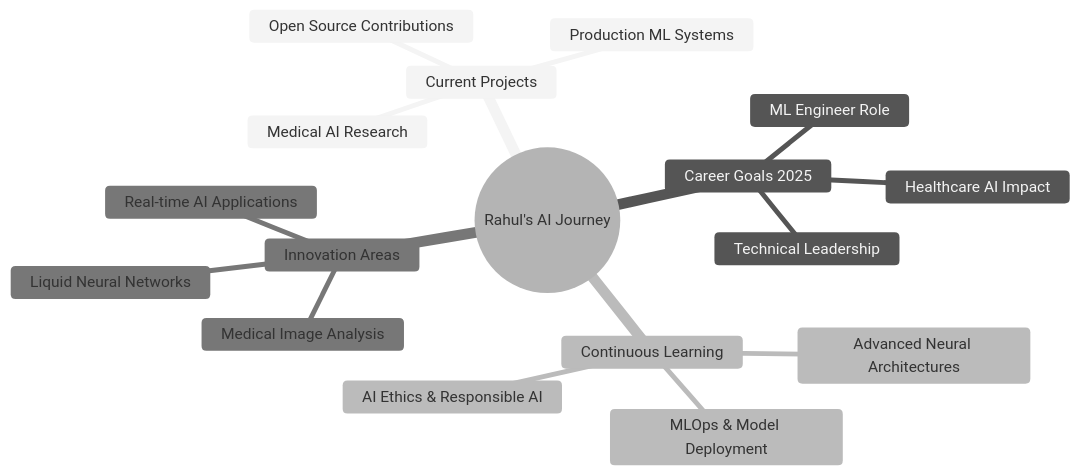
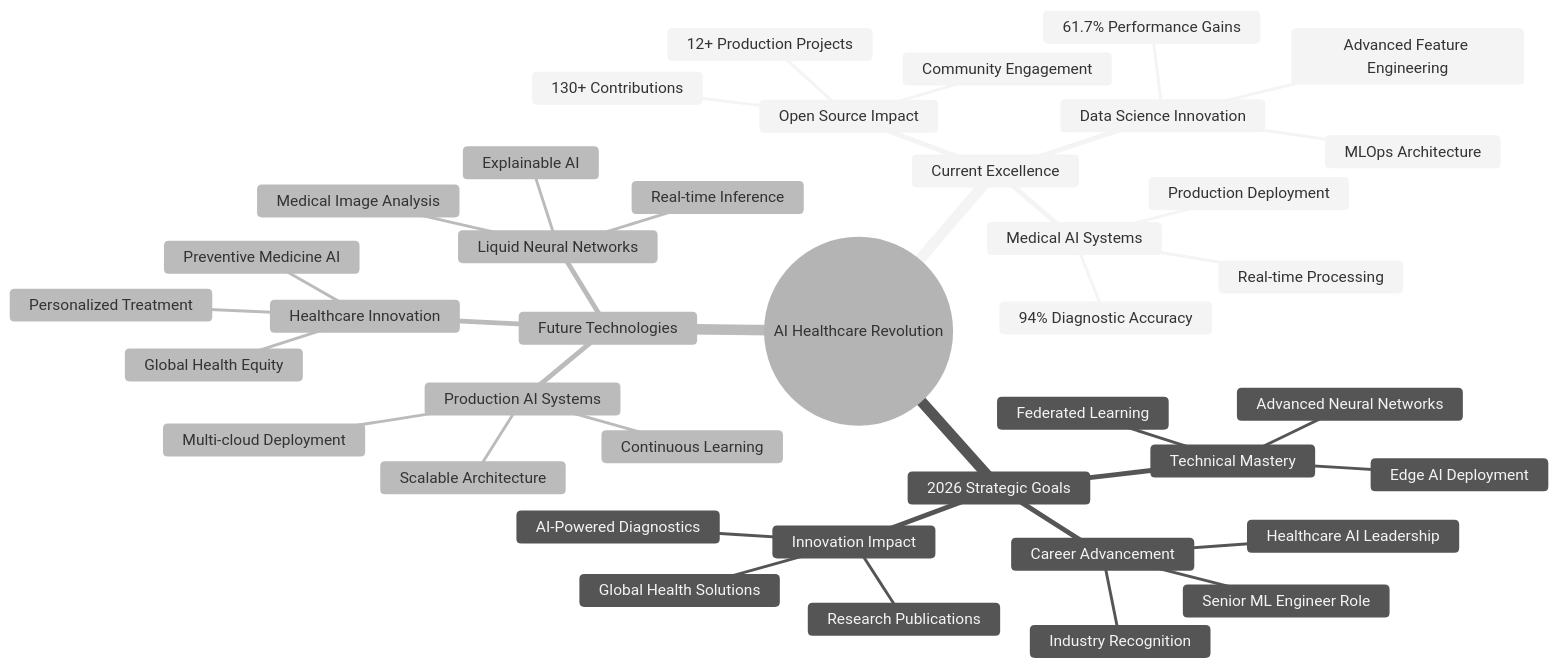
The diagram in README.md (mXrahul01/mXrahul01), drawn with Mermaid (neutral theme) before and after one commit. The commit also changed other lines of this file, not shown here.

````diff
--- a/README.md
+++ b/README.md
@@ -292,20 +380,43 @@
 ```mermaid
 mindmap
-  root((Rahul's AI Journey))
-    Current Projects
-      Medical AI Research
-      Production ML Systems
-      Open Source Contributions
-    Career Goals 2025
-      ML Engineer Role
-      Healthcare AI Impact
-      Technical Leadership
-    Continuous Learning
-      Advanced Neural Architectures
-      MLOps & Model Deployment
-      AI Ethics & Responsible AI
-    Innovation Areas
+  root((AI Healthcare Revolution))
+    Current Excellence
+      Medical AI Systems
+        94% Diagnostic Accuracy
+        Real-time Processing
+        Production Deployment
+      Data Science Innovation  
+        61.7% Performance Gains
+        Advanced Feature Engineering
+        MLOps Architecture
+      Open Source Impact
+        130+ Contributions
+        12+ Production Projects
+        Community Engagement
+    2026 Strategic Goals
+      Career Advancement
+        Senior ML Engineer Role
+        Healthcare AI Leadership
+        Industry Recognition
+      Technical Mastery
+        Advanced Neural Networks
+        Edge AI Deployment  
+        Federated Learning
+      Innovation Impact
+        AI-Powered Diagnostics
+        Global Health Solutions
+        Research Publications
+    Future Technologies
       Liquid Neural Networks
-      Medical Image Analysis
-      Real-time AI Applications
+        Medical Image Analysis
+        Real-time Inference
+        Explainable AI
+      Production AI Systems
+        Multi-cloud Deployment
+        Scalable Architecture
+        Continuous Learning
+      Healthcare Innovation
+        Preventive Medicine AI
+        Personalized Treatment
+        Global Health Equity
 ```
````
